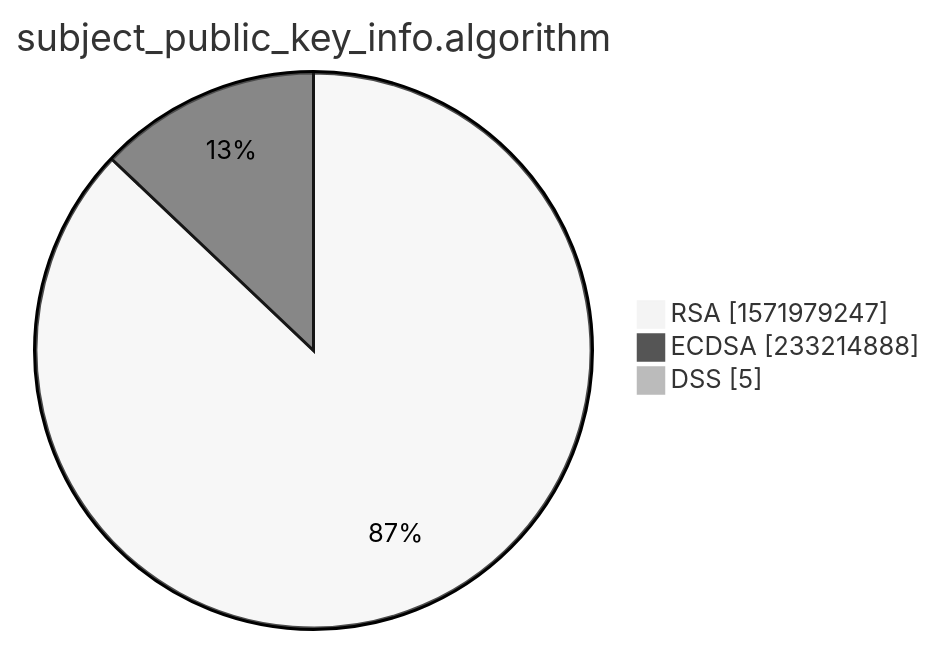
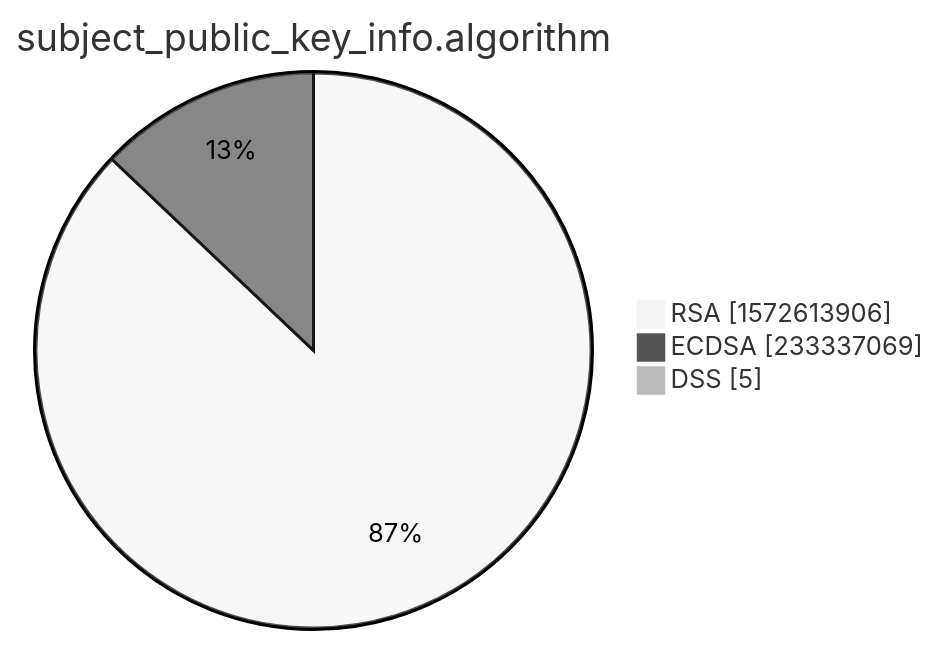
The third of 15 diagrams in xenon2022/README.md (christiankrug/ctmonitor_visualization), drawn with Mermaid (neutral theme) before and after one commit. The commit also changed other lines of this file, not shown here.

````diff
--- a/xenon2022/README.md
+++ b/xenon2022/README.md
@@ -14,7 +14,7 @@
 ```mermaid
 pie showData
 title subject_public_key_info.algorithm
-"RSA" :1571979247
-"ECDSA" :233214888
+"RSA" :1572613906
+"ECDSA" :233337069
 "DSS" :5
 ```
````
